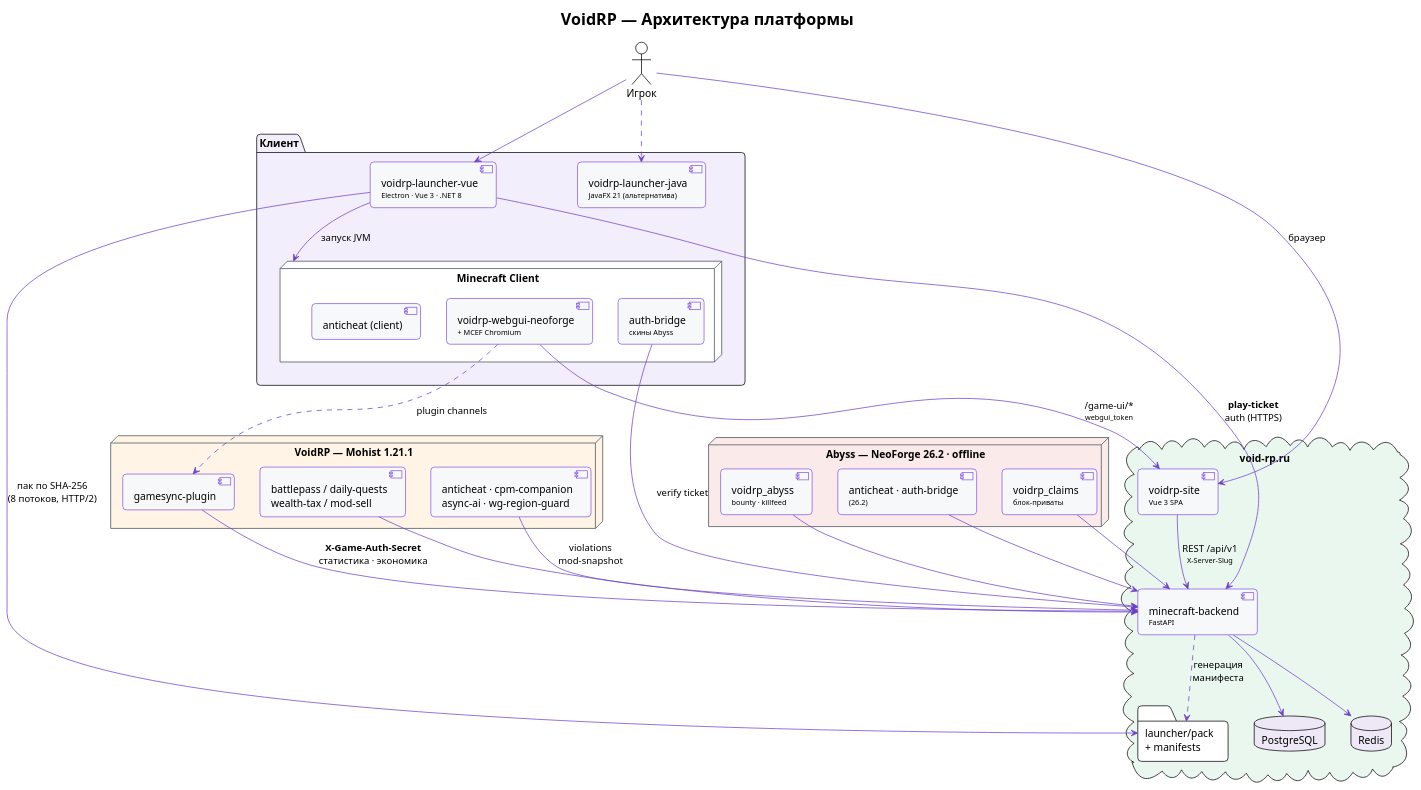
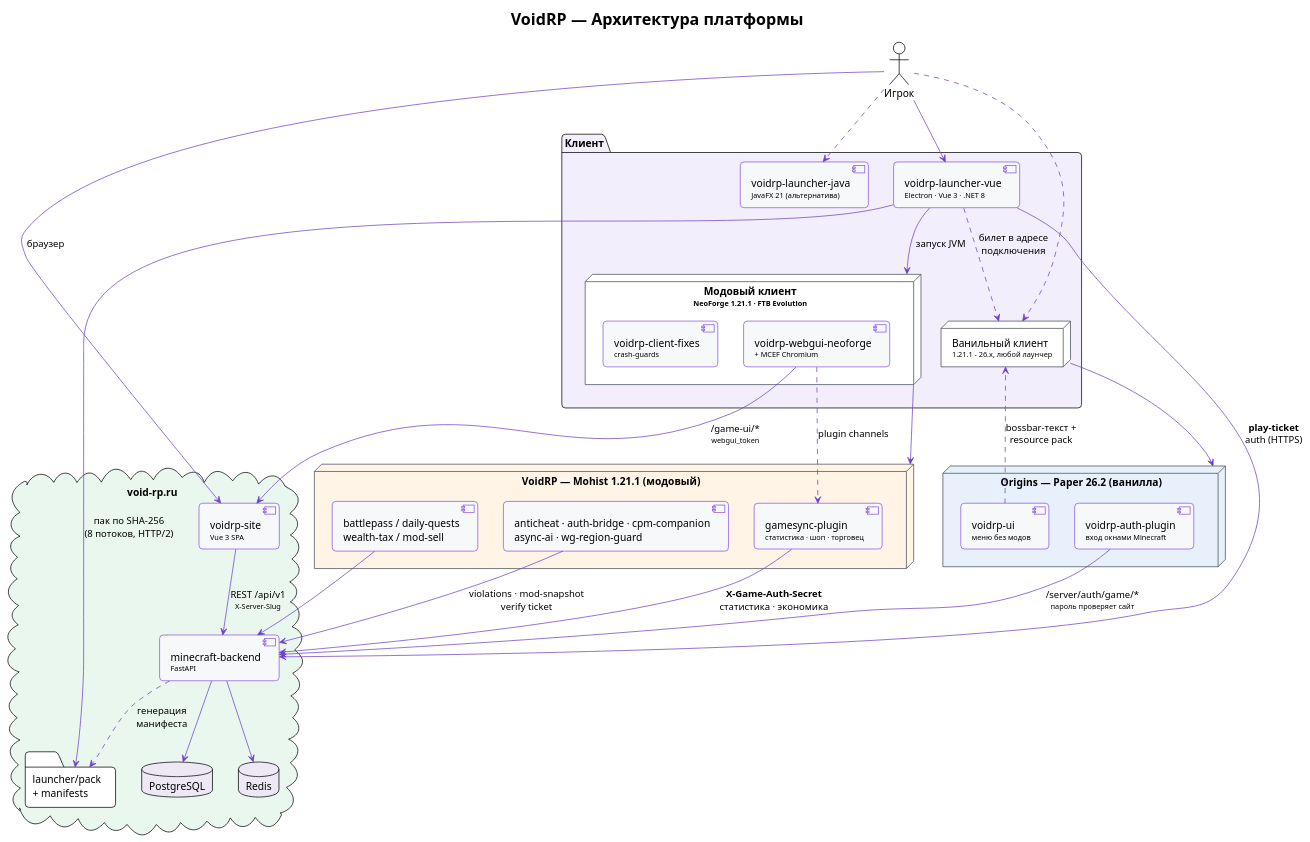
One commit to VOIDRP-MINECRAFT/.github changed the diagram in profile/diagrams/architecture.puml. Above: the diagram before and after it, drawn with PlantUML. The commit also changed 4 other files, not shown here.

First line of the commit message:
docs(profile): refresh org page for every repo; Origins instead of Abyss (#1)

```diff
--- a/profile/diagrams/architecture.puml
+++ b/profile/diagrams/architecture.puml
@@ -1,68 +1,70 @@
 @startuml VoidRP-Architecture
 !theme plain
 skinparam backgroundColor #FFFFFF
 skinparam roundcorner 10
 skinparam shadowing false
 skinparam defaultFontName Helvetica
 skinparam ArrowColor #6E40C9
 skinparam componentBackgroundColor #F6F8FA
 skinparam componentBorderColor #8957E5
 skinparam databaseBackgroundColor #EDE7F6
 skinparam nodeBorderColor #444C56
 title <b>VoidRP — Архитектура платформы</b>
 
 actor "Игрок" as player
 
 package "Клиент" #F3EEFB {
   component "voidrp-launcher-vue\n<size:10>Electron · Vue 3 · .NET 8</size>" as launcher
   component "voidrp-launcher-java\n<size:10>JavaFX 21 (альтернатива)</size>" as launcherj
-  node "Minecraft Client" as mc {
+  node "Модовый клиент\n<size:10>NeoForge 1.21.1 · FTB Evolution</size>" as mc {
     component "voidrp-webgui-neoforge\n<size:10>+ MCEF Chromium</size>" as wgui
-    component "auth-bridge\n<size:10>скины Abyss</size>" as authbridge
-    component "anticheat (client)" as acc
+    component "voidrp-client-fixes\n<size:10>crash-guards</size>" as cfix
   }
+  node "Ванильный клиент\n<size:10>1.21.1 – 26.x, любой лаунчер</size>" as vmc
 }
 
 cloud "void-rp.ru" #EAF7EE {
   component "voidrp-site\n<size:10>Vue 3 SPA</size>" as site
   component "minecraft-backend\n<size:10>FastAPI</size>" as backend
   database "PostgreSQL" as pg
   database "Redis" as redis
   folder "launcher/pack\n+ manifests" as packs
 }
 
-node "VoidRP — Mohist 1.21.1" as srv1 #FFF4E5 {
-  component "gamesync-plugin" as gsync
+node "VoidRP — Mohist 1.21.1 (модовый)" as srv1 #FFF4E5 {
+  component "gamesync-plugin\n<size:10>статистика · шоп · торговец</size>" as gsync
   component "battlepass / daily-quests\nwealth-tax / mod-sell" as econ
-  component "anticheat · cpm-companion\nasync-ai · wg-region-guard" as srvmods1
+  component "anticheat · auth-bridge · cpm-companion\nasync-ai · wg-region-guard" as srvmods1
 }
 
-node "Abyss — NeoForge 26.2 · offline" as srv2 #FBEAEA {
-  component "voidrp_claims\n<size:10>блок-приваты</size>" as claims
-  component "voidrp_abyss\n<size:10>bounty · killfeed</size>" as abyss
-  component "anticheat · auth-bridge\n<size:10>(26.2)</size>" as srvmods2
+node "Origins — Paper 26.2 (ванилла)" as srv2 #E8F1FB {
+  component "voidrp-auth-plugin\n<size:10>вход окнами Minecraft</size>" as authp
+  component "voidrp-ui\n<size:10>меню без модов</size>" as vui
 }
 
 player --> launcher
 player ..> launcherj
+player ..> vmc
 launcher --> backend : <b>play-ticket</b>\nauth (HTTPS)
 launcher --> packs : пак по SHA-256\n(8 потоков, HTTP/2)
 launcher --> mc : запуск JVM
+launcher ..> vmc : билет в адресе\nподключения
 player --> site : браузер
 
 site --> backend : REST /api/v1\n<size:10>X-Server-Slug</size>
 backend --> pg
 backend --> redis
 backend ..> packs : генерация\nманифеста
 
+mc --> srv1
+vmc --> srv2
+
 gsync --> backend : <b>X-Game-Auth-Secret</b>\nстатистика · экономика
 econ --> backend
-srvmods1 --> backend : violations\nmod-snapshot
-claims --> backend
-abyss --> backend
-srvmods2 --> backend
+srvmods1 --> backend : violations · mod-snapshot\nverify ticket
+authp --> backend : /server/auth/game/*\n<size:10>пароль проверяет сайт</size>
+vui ..> vmc : bossbar-текст +\nresource pack
 
 wgui ..> gsync : plugin channels
 wgui --> site : /game-ui/*\n<size:10>webgui_token</size>
-authbridge --> backend : verify ticket
 @enduml
```
